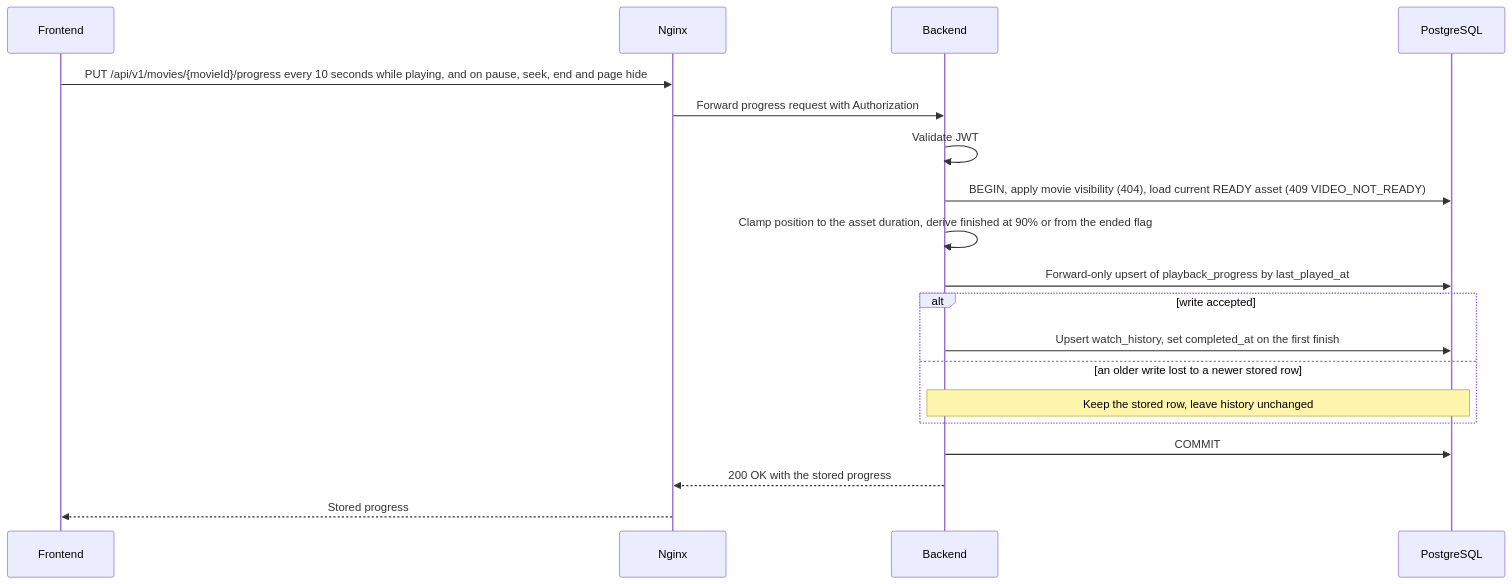
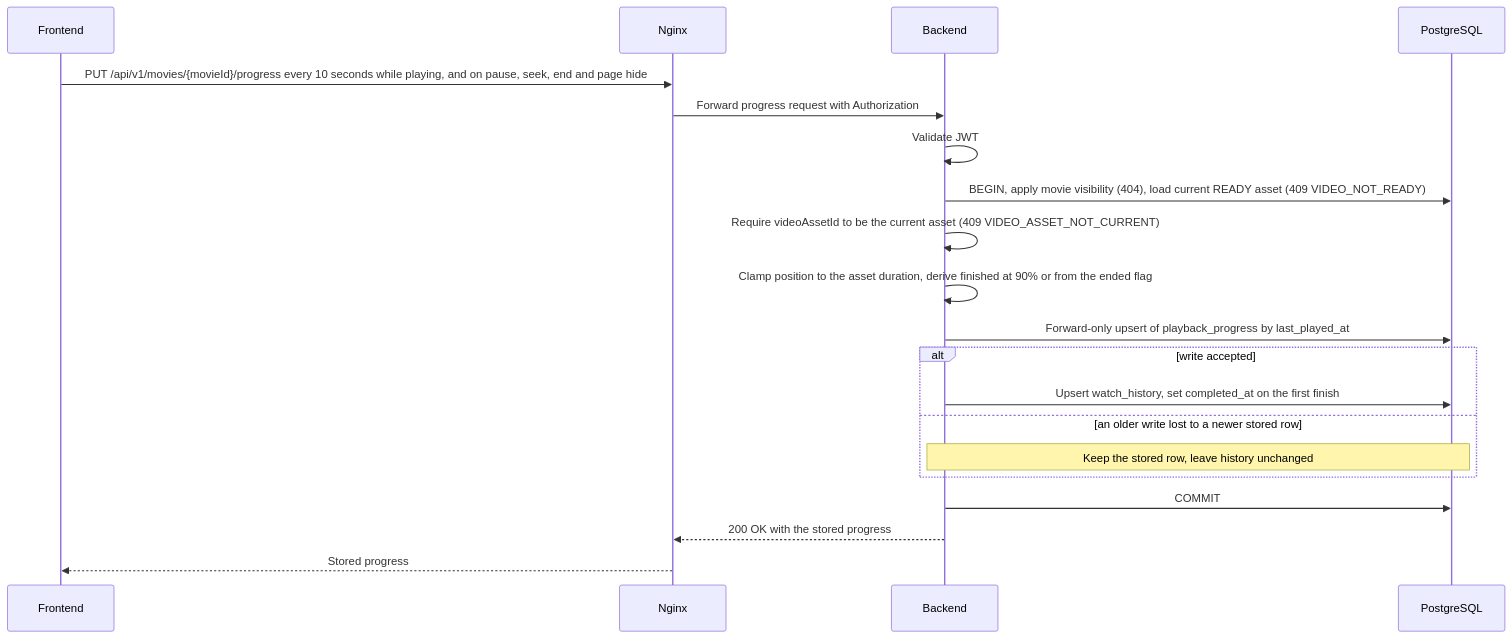
The seventh of 9 diagrams in docs/architecture/SEQUENCE-DIAGRAMS.md (Duyphanb/Self-hosted-VoD-Platform), drawn with Mermaid before and after one commit. The commit also changed other lines of this file and 8 other files, not shown here.

````diff
--- a/docs/architecture/SEQUENCE-DIAGRAMS.md
+++ b/docs/architecture/SEQUENCE-DIAGRAMS.md
@@ -226,22 +226,23 @@
 ```mermaid
 sequenceDiagram
     participant Frontend
     participant Nginx
     participant Backend
     participant PostgreSQL
 
     Frontend->>Nginx: PUT /api/v1/movies/{movieId}/progress every 10 seconds while playing, and on pause, seek, end and page hide
     Nginx->>Backend: Forward progress request with Authorization
     Backend->>Backend: Validate JWT
     Backend->>PostgreSQL: BEGIN, apply movie visibility (404), load current READY asset (409 VIDEO_NOT_READY)
+    Backend->>Backend: Require videoAssetId to be the current asset (409 VIDEO_ASSET_NOT_CURRENT)
     Backend->>Backend: Clamp position to the asset duration, derive finished at 90% or from the ended flag
     Backend->>PostgreSQL: Forward-only upsert of playback_progress by last_played_at
     alt write accepted
         Backend->>PostgreSQL: Upsert watch_history, set completed_at on the first finish
     else an older write lost to a newer stored row
         Note over Backend,PostgreSQL: Keep the stored row, leave history unchanged
     end
     Backend->>PostgreSQL: COMMIT
     Backend-->>Nginx: 200 OK with the stored progress
     Nginx-->>Frontend: Stored progress
 ```
````
